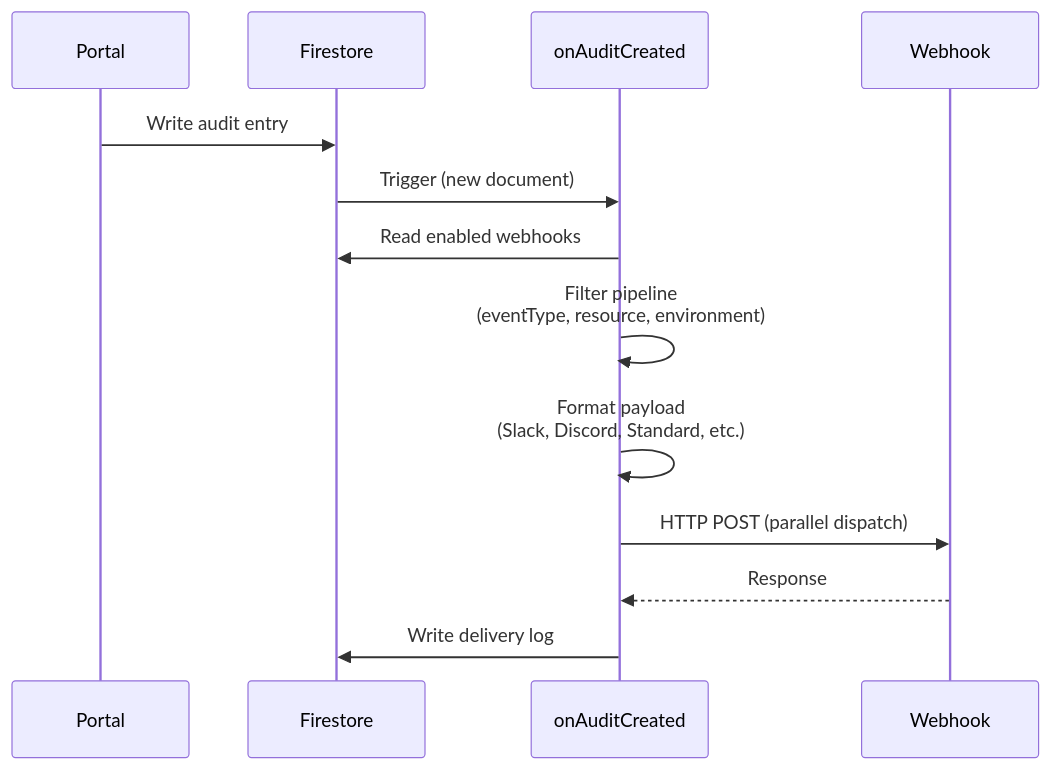
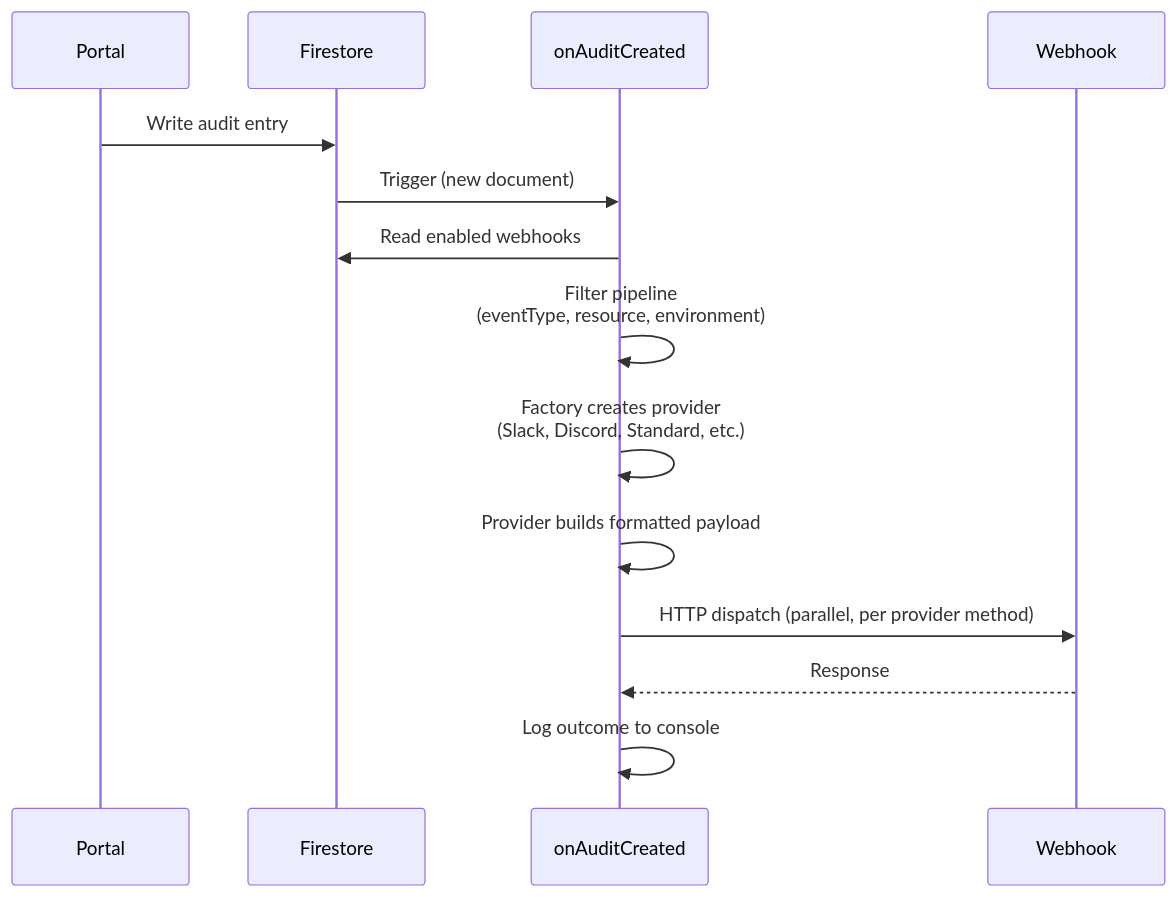
The fifth of 6 diagrams in apps/docs/api/cloud-functions.md (jewel998/config), drawn with Mermaid before and after one commit. The commit also changed other lines of this file and 4 other files, not shown here.

First line of the commit message:
docs: update webhook docs and AGENTS.md for provider/formatter refactor

````diff
--- a/apps/docs/api/cloud-functions.md
+++ b/apps/docs/api/cloud-functions.md
@@ -230,16 +230,17 @@
 ```mermaid
 sequenceDiagram
     participant Portal
     participant Firestore
     participant onAuditCreated
     participant Webhook
 
     Portal->>Firestore: Write audit entry
     Firestore->>onAuditCreated: Trigger (new document)
     onAuditCreated->>Firestore: Read enabled webhooks
     onAuditCreated->>onAuditCreated: Filter pipeline<br/>(eventType, resource, environment)
-    onAuditCreated->>onAuditCreated: Format payload<br/>(Slack, Discord, Standard, etc.)
-    onAuditCreated->>Webhook: HTTP POST (parallel dispatch)
+    onAuditCreated->>onAuditCreated: Factory creates provider<br/>(Slack, Discord, Standard, etc.)
+    onAuditCreated->>onAuditCreated: Provider builds formatted payload
+    onAuditCreated->>Webhook: HTTP dispatch (parallel, per provider method)
     Webhook-->>onAuditCreated: Response
-    onAuditCreated->>Firestore: Write delivery log
+    onAuditCreated->>onAuditCreated: Log outcome to console
 ```
````
